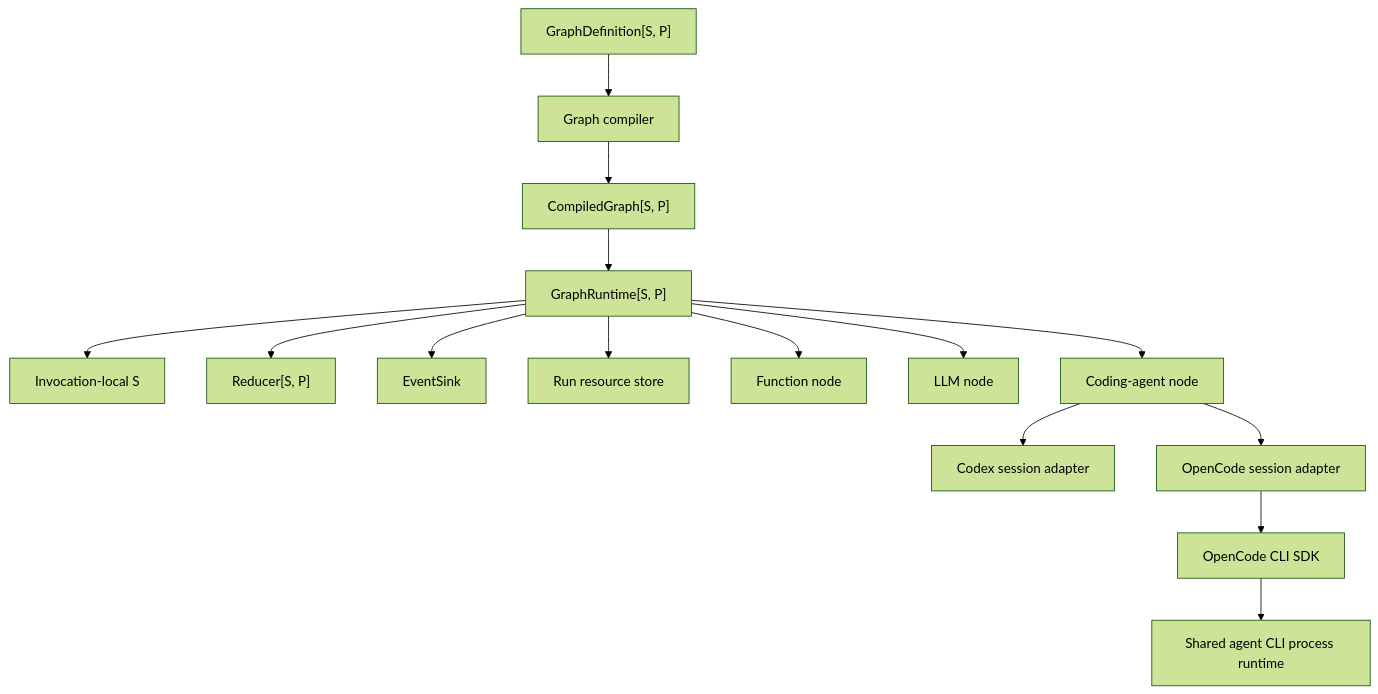
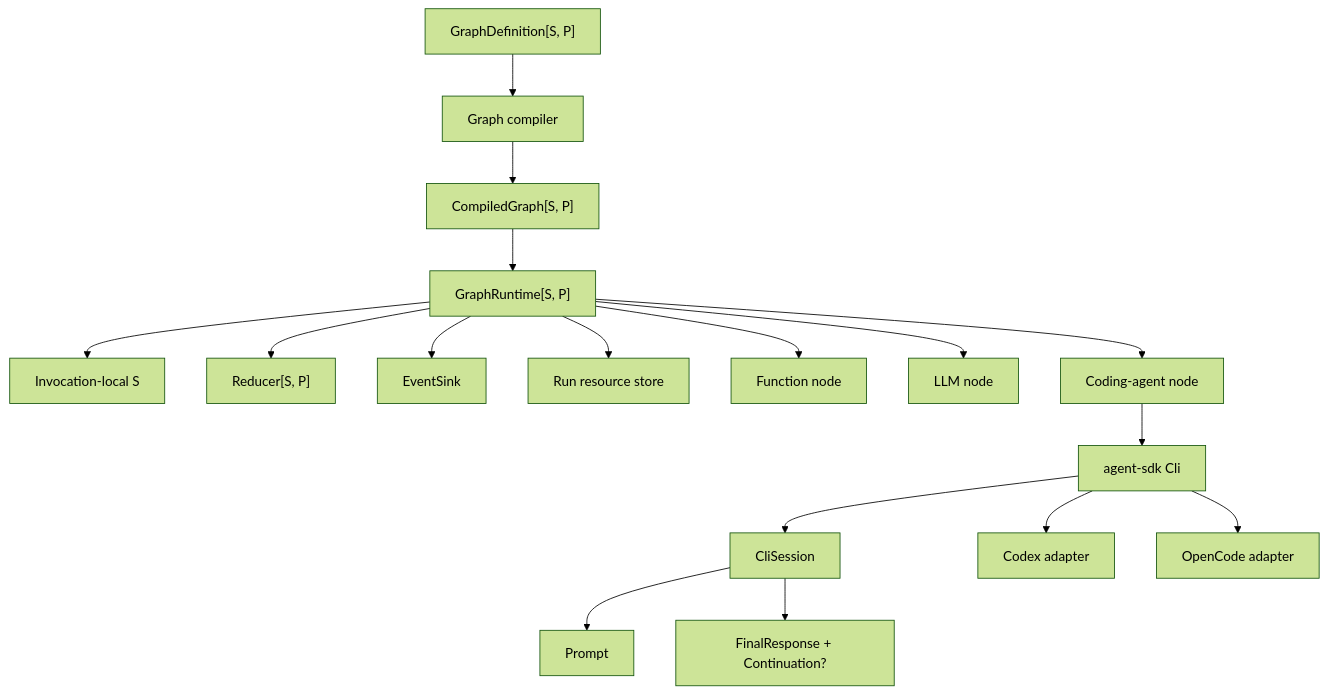
Before and after one commit to totto2727-org/workgraph: the first of 2 diagrams in package/workgraph-core/docs/architecture.ja.md, drawn with Mermaid (forest theme). The commit also changed other lines of this file and 37 other files, not shown here.

First line of the commit message:
refactor(agent-cli): adopt the shared agent SDK contract

````diff
--- a/package/workgraph-core/docs/architecture.ja.md
+++ b/package/workgraph-core/docs/architecture.ja.md
@@ -48,17 +48,19 @@
 ```mermaid
 flowchart TD
   Definition["GraphDefinition[S, P]"] --> Compiler["Graph compiler"]
   Compiler --> Compiled["CompiledGraph[S, P]"]
   Compiled --> Runtime["GraphRuntime[S, P]"]
   Runtime --> State["Invocation-local S"]
   Runtime --> Reducer["Reducer[S, P]"]
   Runtime --> Events["EventSink"]
   Runtime --> Resources["Run resource store"]
   Runtime --> Function["Function node"]
   Runtime --> LLM["LLM node"]
   Runtime --> AgentNode["Coding-agent node"]
-  AgentNode --> Codex["Codex session adapter"]
-  AgentNode --> OpenCode["OpenCode session adapter"]
-  OpenCode --> OpenCodeSDK["OpenCode CLI SDK"]
-  OpenCodeSDK --> AgentCLI["Shared agent CLI process runtime"]
+  AgentNode --> Cli["agent-sdk Cli"]
+  Cli --> Session["CliSession"]
+  Session --> Prompt["Prompt"]
+  Session --> Response["FinalResponse + Continuation?"]
+  Cli --> Codex["Codex adapter"]
+  Cli --> OpenCode["OpenCode adapter"]
 ```
````
